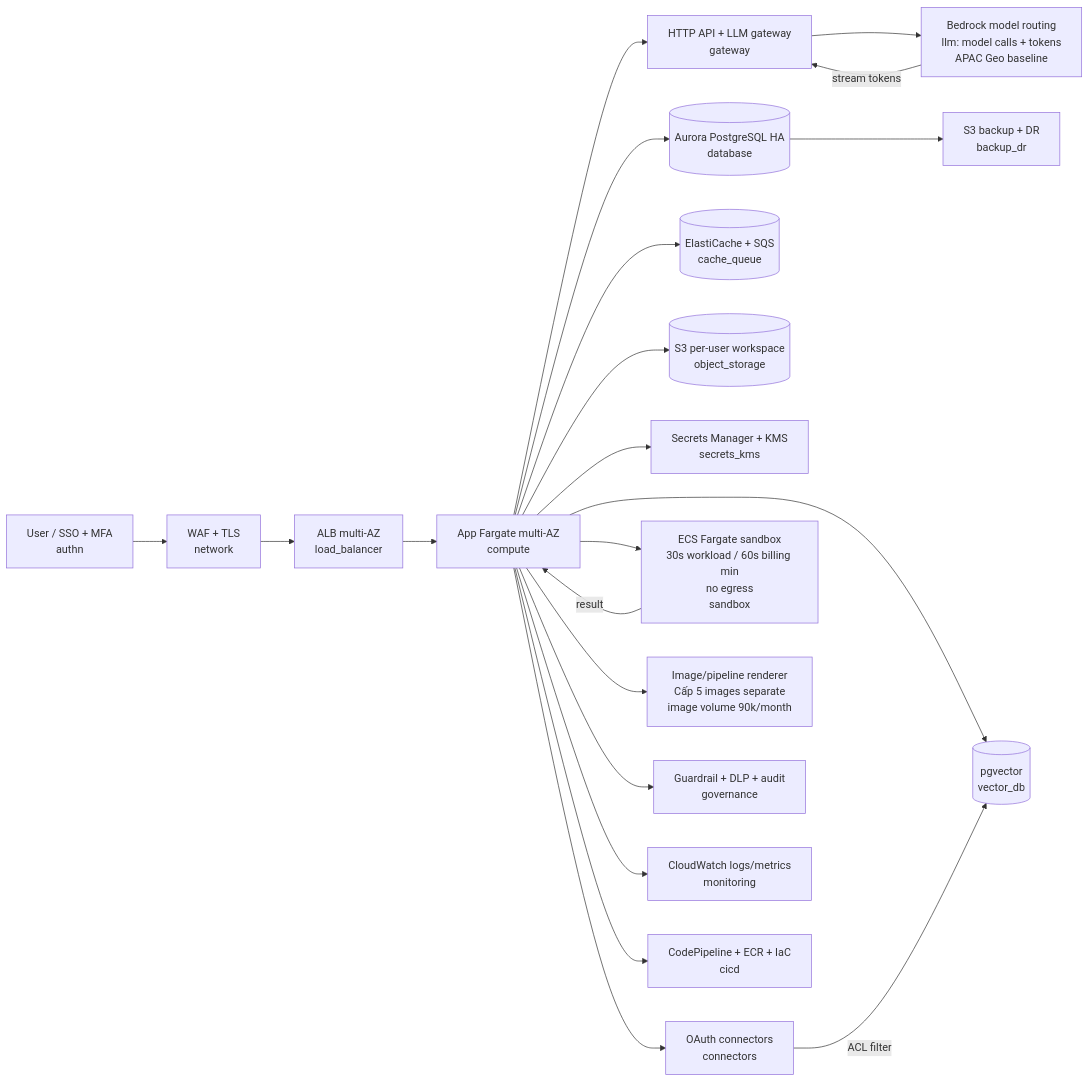
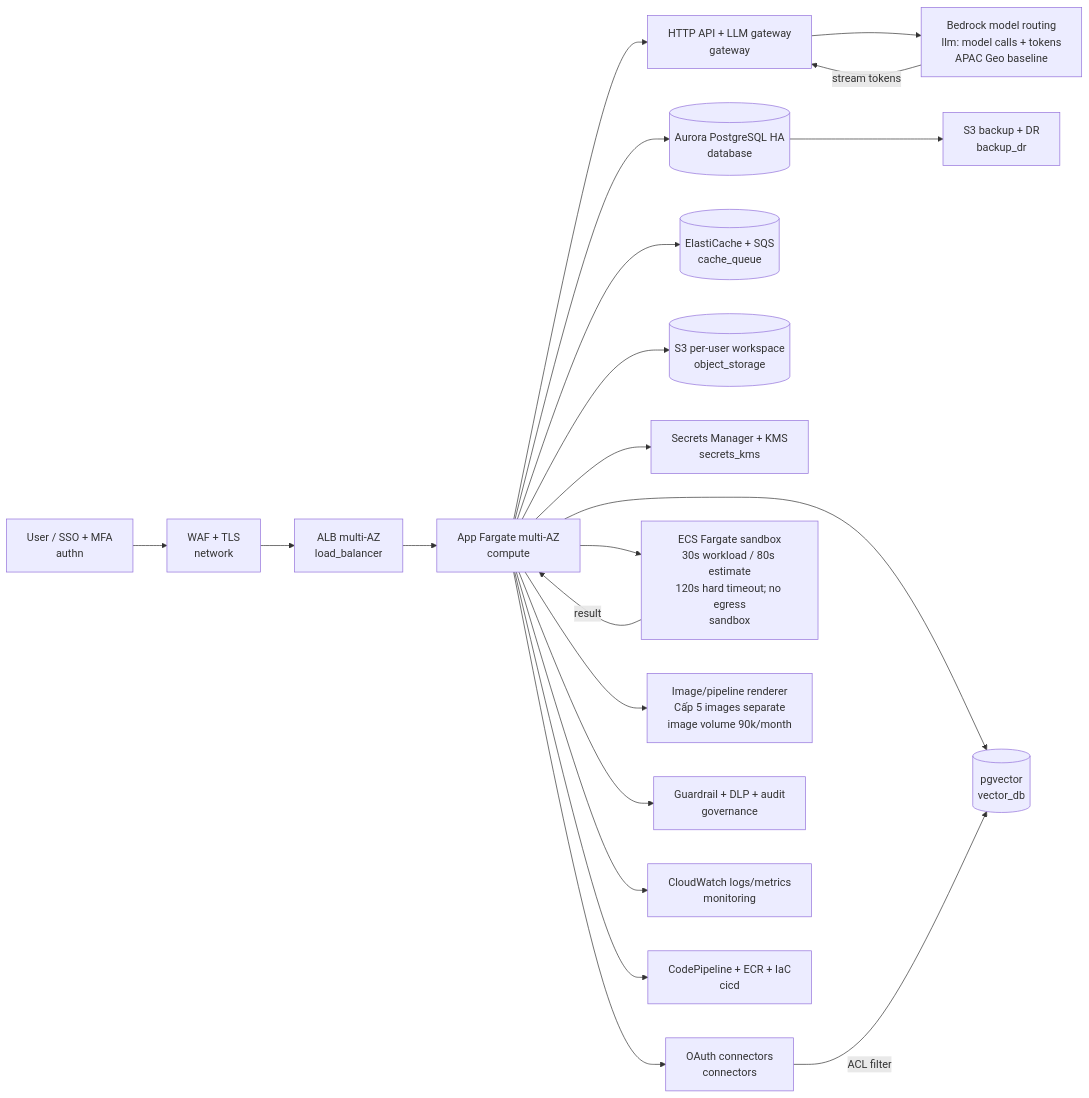
Before and after one commit to rin1652/K4-VBot: the diagram in architecture.mmd, drawn with Mermaid. The commit also changed 13 other files, not shown here.

```diff
--- a/architecture.mmd
+++ b/architecture.mmd
@@ -1,21 +1,21 @@
 flowchart LR
   U[User / SSO + MFA\nauthn] --> WAF[WAF + TLS\nnetwork]
   WAF --> LB[ALB multi-AZ\nload_balancer]
   LB --> APP[App Fargate multi-AZ\ncompute]
   APP --> GW[HTTP API + LLM gateway\ngateway]
   APP --> DB[(Aurora PostgreSQL HA\ndatabase)]
   APP --> VEC[(pgvector\nvector_db)]
   APP --> CACHE[(ElastiCache + SQS\ncache_queue)]
   APP --> S3[(S3 per-user workspace\nobject_storage)]
   APP --> SEC[Secrets Manager + KMS\nsecrets_kms]
   APP --> CON[OAuth connectors\nconnectors]
   GW --> BR[Bedrock model routing\nllm: model calls + tokens\nAPAC Geo baseline]
-  APP --> SB[ECS Fargate sandbox\n30s workload / 60s billing min\nno egress\nsandbox]
+  APP --> SB[ECS Fargate sandbox\n30s workload / 80s estimate\n120s hard timeout; no egress\nsandbox]
   APP --> IMG[Image/pipeline renderer\nCấp 5 images separate\nimage volume 90k/month]
   APP --> GOV[Guardrail + DLP + audit\ngovernance]
   APP --> MON[CloudWatch logs/metrics\nmonitoring]
   DB --> BAK[S3 backup + DR\nbackup_dr]
   APP --> CICD[CodePipeline + ECR + IaC\ncicd]
   CON -->|ACL filter| VEC
   SB -->|result| APP
   BR -->|stream tokens| GW
```
